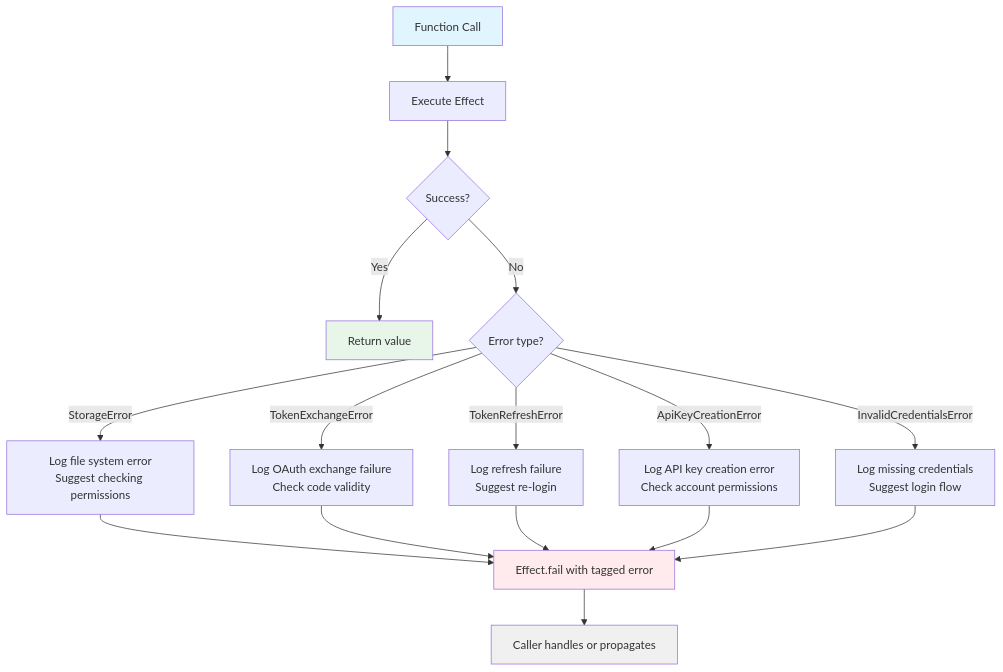
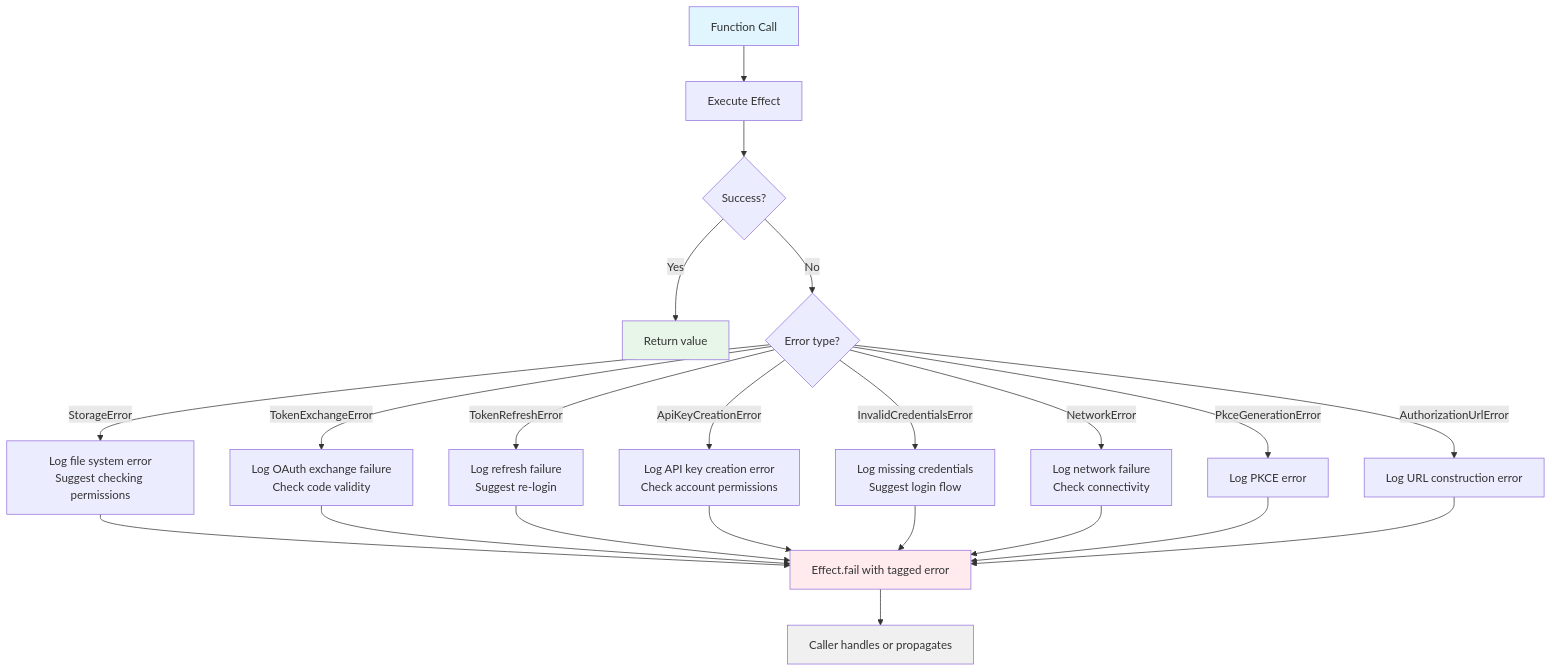
One commit to cipher-rc5/not-anthropic-oauth changed the ninth of 12 diagrams in docs/ARCHITECTURE.md. Above: the diagram before and after it, drawn with Mermaid. The commit also changed other lines of this file and 29 other files, not shown here.

````diff
--- a/docs/ARCHITECTURE.md
+++ b/docs/ARCHITECTURE.md
@@ -386,28 +432,34 @@
 ```mermaid
 flowchart TD
     Start[Function Call] --> Execute[Execute Effect]
     
     Execute --> Result{Success?}
     
     Result -->|Yes| Success[Return value]
     Result -->|No| CheckError{Error type?}
     
     CheckError -->|StorageError| HandleStorage[Log file system error<br/>Suggest checking permissions]
     CheckError -->|TokenExchangeError| HandleExchange[Log OAuth exchange failure<br/>Check code validity]
     CheckError -->|TokenRefreshError| HandleRefresh[Log refresh failure<br/>Suggest re-login]
     CheckError -->|ApiKeyCreationError| HandleApiKey[Log API key creation error<br/>Check account permissions]
     CheckError -->|InvalidCredentialsError| HandleInvalid[Log missing credentials<br/>Suggest login flow]
+    CheckError -->|NetworkError| HandleNetwork[Log network failure<br/>Check connectivity]
+    CheckError -->|PkceGenerationError| HandlePkce[Log PKCE error]
+    CheckError -->|AuthorizationUrlError| HandleUrl[Log URL construction error]
     
     HandleStorage --> Propagate[Effect.fail with tagged error]
     HandleExchange --> Propagate
     HandleRefresh --> Propagate
     HandleApiKey --> Propagate
     HandleInvalid --> Propagate
+    HandleNetwork --> Propagate
+    HandlePkce --> Propagate
+    HandleUrl --> Propagate
     
     Propagate --> Caller[Caller handles or propagates]
     
     style Start fill:#e1f5ff
     style Success fill:#e8f5e9
     style Propagate fill:#ffebee
     style Caller fill:#f0f0f0
 ```
````
